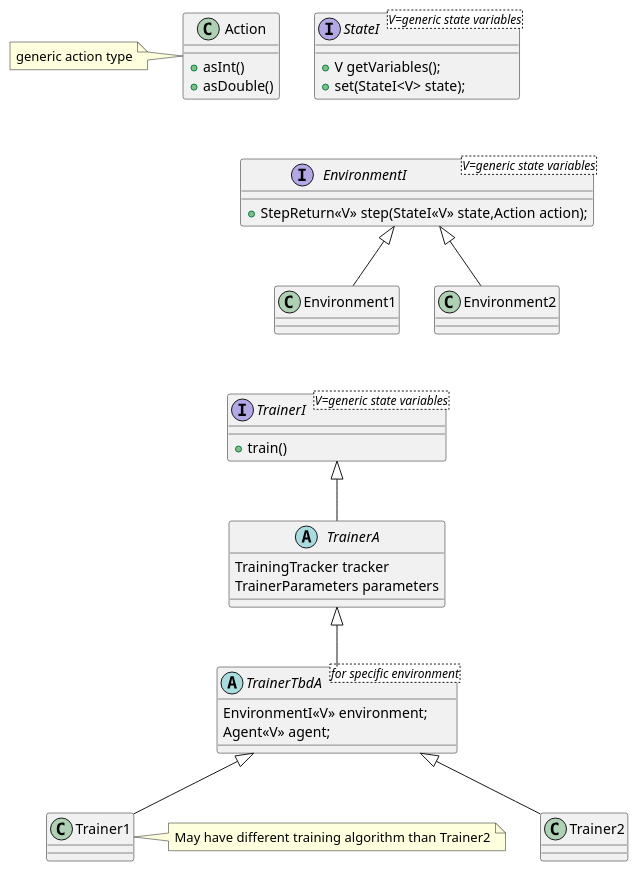
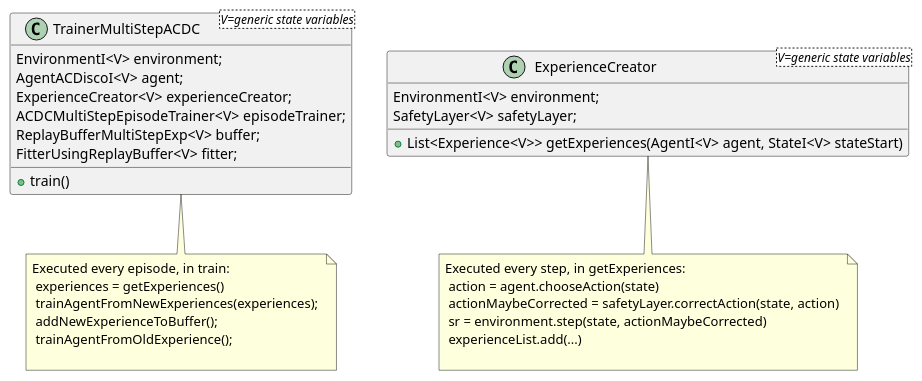
One commit to JonasHellgren/MachineLearning changed the diagram in src/main/java/safe_rl/documentation/class_diagrams/trainer_environment_agent.puml. Above: the diagram before and after it, drawn with PlantUML. The commit also changed 16 other files, not shown here.

Commit message:
diagram trainer agent env

```diff
--- a/src/main/java/safe_rl/documentation/class_diagrams/trainer_environment_agent.puml
+++ b/src/main/java/safe_rl/documentation/class_diagrams/trainer_environment_agent.puml
@@ -2,51 +2,32 @@
 @startuml
 'https://plantuml.com/class-diagram
 
 
-interface StateI<V=generic state variables> {
-+ V getVariables();
-+ set(StateI<V> state);
-}
 
-class Action {
-+ asInt()
-+ asDouble()
-}
+class  TrainerMultiStepACDC<V=generic state variables> {
+          EnvironmentI<V> environment;
+          AgentACDiscoI<V> agent;
+          ExperienceCreator<V> experienceCreator;
+          ACDCMultiStepEpisodeTrainer<V> episodeTrainer;
+          ReplayBufferMultiStepExp<V> buffer;
+          FitterUsingReplayBuffer<V> fitter;
 
-note left of Action : generic action type
-
-interface TrainerI<V=generic state variables> {
-+ train()
-}
-
-abstract class TrainerA {
-TrainingTracker tracker
-TrainerParameters parameters
-}
-
-abstract class TrainerTbdA<for specific environment> {
-    EnvironmentI<<V>> environment;
-    Agent<<V>> agent;
-}
-
-interface EnvironmentI<V=generic state variables> {
-+  StepReturn<<V>> step(StateI<<V>> state,Action action);
-'/ +  boolean isTerminalState(StateI<<V>> state);
+          + train()
 }
 
 
-EnvironmentI <|-- Environment1
-EnvironmentI <|-- Environment2
+note bottom of  TrainerMultiStepACDC : Executed every episode, in train: \n experiences = getExperiences() \n trainAgentFromNewExperiences(experiences); \n addNewExperienceToBuffer(); \n trainAgentFromOldExperience();  \n
 
-TrainerI <|-- TrainerA
-TrainerA <|-- TrainerTbdA
-TrainerTbdA  <|-- Trainer1
-TrainerTbdA  <|-- Trainer2
 
-note right of Trainer1 : May have different training algorithm than Trainer2
+class ExperienceCreator<V=generic state variables> {
+    EnvironmentI<V> environment;
+    SafetyLayer<V> safetyLayer;
 
-StateI -[hidden]- EnvironmentI
-Environment1 -[hidden]- TrainerI
+    + List<Experience<V>> getExperiences(AgentI<V> agent, StateI<V> stateStart)
+   }
+
+
+note bottom of  ExperienceCreator : Executed every step, in getExperiences: \n action = agent.chooseAction(state) \n actionMaybeCorrected = safetyLayer.correctAction(state, action) \n sr = environment.step(state, actionMaybeCorrected) \n experienceList.add(...) \n
 
 
 @enduml
```
